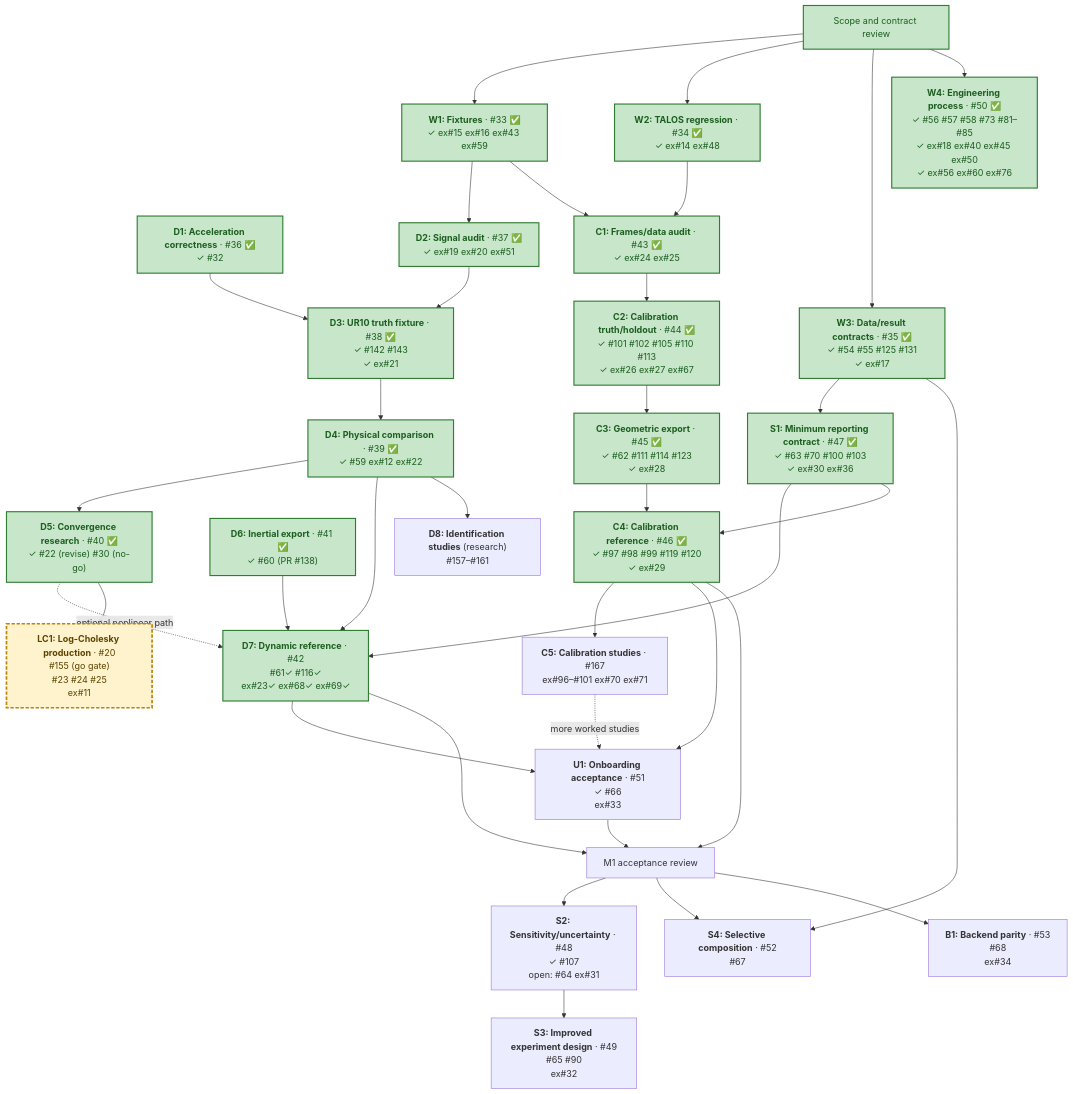
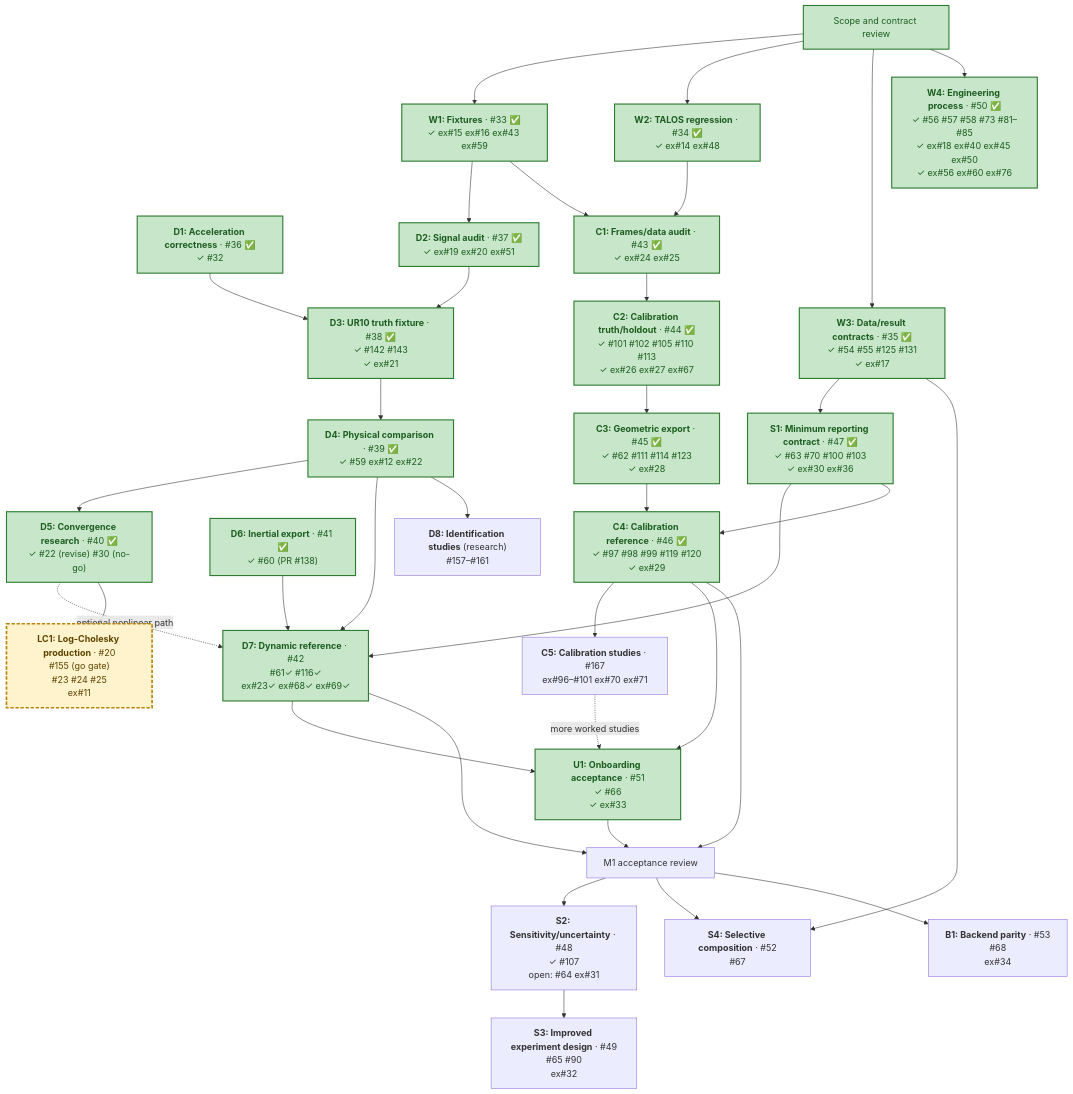
One commit to thanhndv212/figaroh-plus changed the diagram in docs/plans/identification-calibration-delivery.md. Above: the diagram before and after it, drawn with Mermaid. The commit also changed other lines of this file and 1 other file, not shown here.

First line of the commit message:
docs(roadmap): record U1 cleared and #163/#164 fixed

````diff
--- a/docs/plans/identification-calibration-delivery.md
+++ b/docs/plans/identification-calibration-delivery.md
@@ -77,70 +77,70 @@
 ```mermaid
 flowchart TD
     R["Scope and contract review"]
     W1["<b>W1: Fixtures</b> · #33 ✅<br/>✓ ex#15 ex#16 ex#43 ex#59"]
     W2["<b>W2: TALOS regression</b> · #34 ✅<br/>✓ ex#14 ex#48"]
     W3["<b>W3: Data/result contracts</b> · #35 ✅<br/>✓ #54 #55 #125 #131<br/>✓ ex#17"]
     W4["<b>W4: Engineering process</b> · #50 ✅<br/>✓ #56 #57 #58 #73 #81–#85<br/>✓ ex#18 ex#40 ex#45 ex#50<br/>✓ ex#56 ex#60 ex#76"]
     D1["<b>D1: Acceleration correctness</b> · #36 ✅<br/>✓ #32"]
     D2["<b>D2: Signal audit</b> · #37 ✅<br/>✓ ex#19 ex#20 ex#51"]
     D3["<b>D3: UR10 truth fixture</b> · #38 ✅<br/>✓ #142 #143<br/>✓ ex#21"]
     D4["<b>D4: Physical comparison</b> · #39 ✅<br/>✓ #59 ex#12 ex#22"]
     D5["<b>D5: Convergence research</b> · #40 ✅<br/>✓ #22 (revise) #30 (no-go)"]
     D6["<b>D6: Inertial export</b> · #41 ✅<br/>✓ #60 (PR #138)"]
     D7["<b>D7: Dynamic reference</b> · #42<br/>#61✓ #116✓<br/>ex#23✓ ex#68✓ ex#69✓"]
     C1["<b>C1: Frames/data audit</b> · #43 ✅<br/>✓ ex#24 ex#25"]
     C2["<b>C2: Calibration truth/holdout</b> · #44 ✅<br/>✓ #101 #102 #105 #110 #113<br/>✓ ex#26 ex#27 ex#67"]
     C3["<b>C3: Geometric export</b> · #45 ✅<br/>✓ #62 #111 #114 #123<br/>✓ ex#28"]
     C4["<b>C4: Calibration reference</b> · #46 ✅<br/>✓ #97 #98 #99 #119 #120<br/>✓ ex#29"]
     C5["<b>C5: Calibration studies</b> · #167<br/>ex#96–#101 ex#70 ex#71"]
     D8["<b>D8: Identification studies</b> (research)<br/>#157–#161"]
     S1["<b>S1: Minimum reporting contract</b> · #47 ✅<br/>✓ #63 #70 #100 #103<br/>✓ ex#30 ex#36"]
-    U1["<b>U1: Onboarding acceptance</b> · #51<br/>✓ #66<br/>ex#33"]
+    U1["<b>U1: Onboarding acceptance</b> · #51<br/>✓ #66<br/>✓ ex#33"]
     A["M1 acceptance review"]
     S2["<b>S2: Sensitivity/uncertainty</b> · #48<br/>✓ #107<br/>open: #64 ex#31"]
     S3["<b>S3: Improved experiment design</b> · #49<br/>#65 #90<br/>ex#32"]
     S4["<b>S4: Selective composition</b> · #52<br/>#67"]
     B1["<b>B1: Backend parity</b> · #53<br/>#68<br/>ex#34"]
     LC1["<b>LC1: Log-Cholesky production</b> · #20<br/>#155 (go gate)<br/>#23 #24 #25<br/>ex#11"]
 
     R --> W1
     R --> W2
     R --> W3
     R --> W4
     W1 --> D2
     D1 --> D3
     D2 --> D3
     D3 --> D4
     D4 --> D5
     D6 --> D7
     D4 --> D7
     D5 -. optional nonlinear path .-> D7
     D5 --> LC1
     W1 --> C1
     W2 --> C1
     C1 --> C2
     C2 --> C3
     C3 --> C4
     C4 --> C5
     D4 --> D8
     C5 -. more worked studies .-> U1
     W3 --> S1
     S1 --> D7
     S1 --> C4
     D7 --> U1
     C4 --> U1
     D7 --> A
     C4 --> A
     U1 --> A
     A --> S2
     S2 --> S3
     A --> S4
     W3 --> S4
     A --> B1
 
     classDef cleared fill:#c8e6c9,stroke:#2e7d32,stroke-width:2px,color:#1b5e20
     classDef ready fill:#fff3cd,stroke:#b8860b,color:#5c4400
-    class R,W1,W2,W3,W4,D1,D2,C1,C2,C3,S1,D6,C4,D3,D4,D5,D7 cleared
+    class R,W1,W2,W3,W4,D1,D2,C1,C2,C3,S1,D6,C4,D3,D4,D5,D7,U1 cleared
     class LC1 active
     classDef active fill:#fff3cd,stroke:#b8860b,stroke-width:3px,stroke-dasharray:6 3,color:#5c4400
 ```
````
